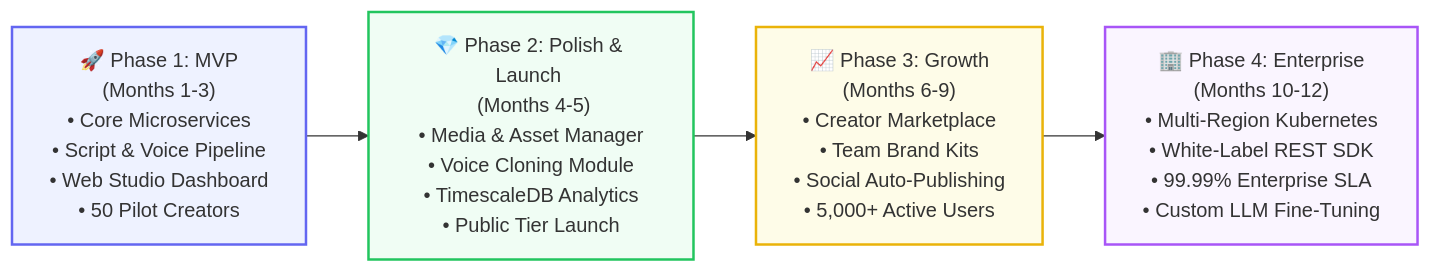
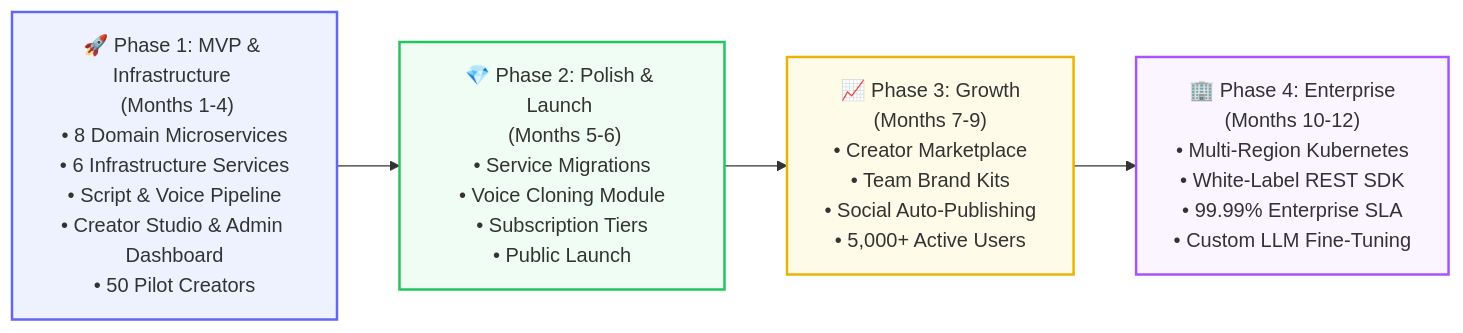
Before and after one commit to Klyptr-Studio/.github: the diagram in profile/README.md, drawn with Mermaid. The commit also changed other lines of this file and 1 other file, not shown here.

Commit message:
docs(architecture): update PRD and README to include detailed microservices and infrastructure services overview

````diff
--- a/profile/README.md
+++ b/profile/README.md
@@ -62,12 +77,12 @@
 ```mermaid
 flowchart LR
-    P1["🚀 Phase 1: MVP \n (Months 1-3)\n• Core Microservices\n• Script & Voice Pipeline\n• Web Studio Dashboard\n• 50 Pilot Creators"] 
-    --> P2["💎 Phase 2: Polish & Launch \n (Months 4-5)\n• Media & Asset Manager\n• Voice Cloning Module\n• TimescaleDB Analytics\n• Public Tier Launch"]
-    --> P3["📈 Phase 3: Growth \n (Months 6-9)\n• Creator Marketplace\n• Team Brand Kits\n• Social Auto-Publishing\n• 5,000+ Active Users"]
+    P1["🚀 Phase 1: MVP & Infrastructure \n (Months 1-4)\n• 8 Domain Microservices\n• 6 Infrastructure Services\n• Script & Voice Pipeline\n• Creator Studio & Admin Dashboard\n• 50 Pilot Creators"] 
+    --> P2["💎 Phase 2: Polish & Launch \n (Months 5-6)\n• Service Migrations\n• Voice Cloning Module\n• Subscription Tiers\n• Public Launch"]
+    --> P3["📈 Phase 3: Growth \n (Months 7-9)\n• Creator Marketplace\n• Team Brand Kits\n• Social Auto-Publishing\n• 5,000+ Active Users"]
     --> P4["🏢 Phase 4: Enterprise \n (Months 10-12)\n• Multi-Region Kubernetes\n• White-Label REST SDK\n• 99.99% Enterprise SLA\n• Custom LLM Fine-Tuning"]
     
     style P1 fill:#eef2ff,stroke:#6366f1,stroke-width:2px;
     style P2 fill:#f0fdf4,stroke:#22c55e,stroke-width:2px;
     style P3 fill:#fefce8,stroke:#eab308,stroke-width:2px;
     style P4 fill:#faf5ff,stroke:#a855f7,stroke-width:2px;
 ```
````
